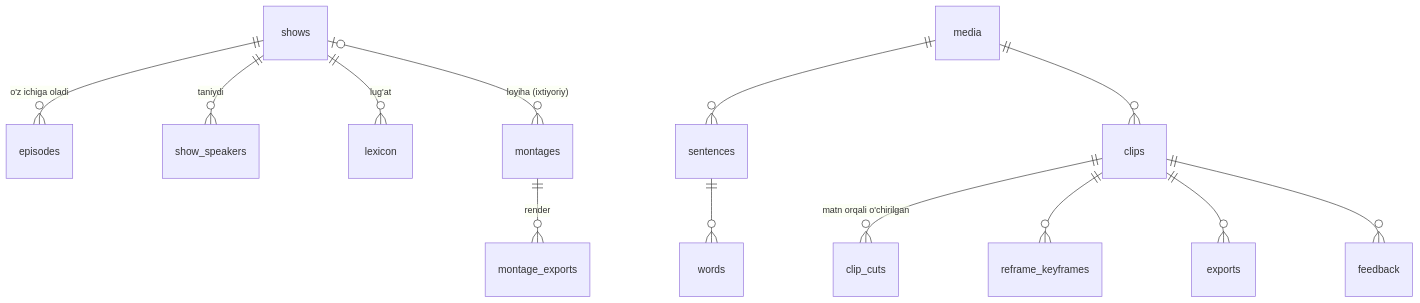
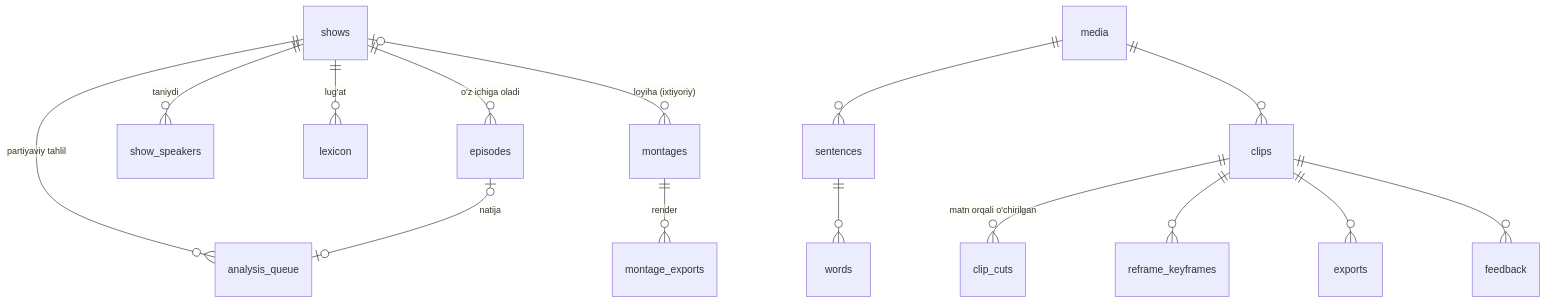
One commit to AbduxalilVoxidjonov/lahza.uz changed the diagram in docs/05-malumot-modeli.md. Above: the diagram before and after it, drawn with Mermaid. The commit also changed other lines of this file and 96 other files, not shown here.

````diff
--- a/docs/05-malumot-modeli.md
+++ b/docs/05-malumot-modeli.md
@@ -5,15 +5,17 @@
 ```mermaid
 erDiagram
   shows ||--o{ episodes : "o'z ichiga oladi"
   shows ||--o{ show_speakers : "taniydi"
   shows ||--o{ lexicon : "lug'at"
   shows |o--o{ montages : "loyiha (ixtiyoriy)"
   montages ||--o{ montage_exports : "render"
+  shows ||--o{ analysis_queue : "partiyaviy tahlil"
+  episodes |o--o| analysis_queue : "natija"
   media ||--o{ sentences : ""
   sentences ||--o{ words : ""
   media ||--o{ clips : ""
   clips ||--o{ clip_cuts : "matn orqali o'chirilgan"
   clips ||--o{ reframe_keyframes : ""
   clips ||--o{ exports : ""
   clips ||--o{ feedback : ""
 ```
````
